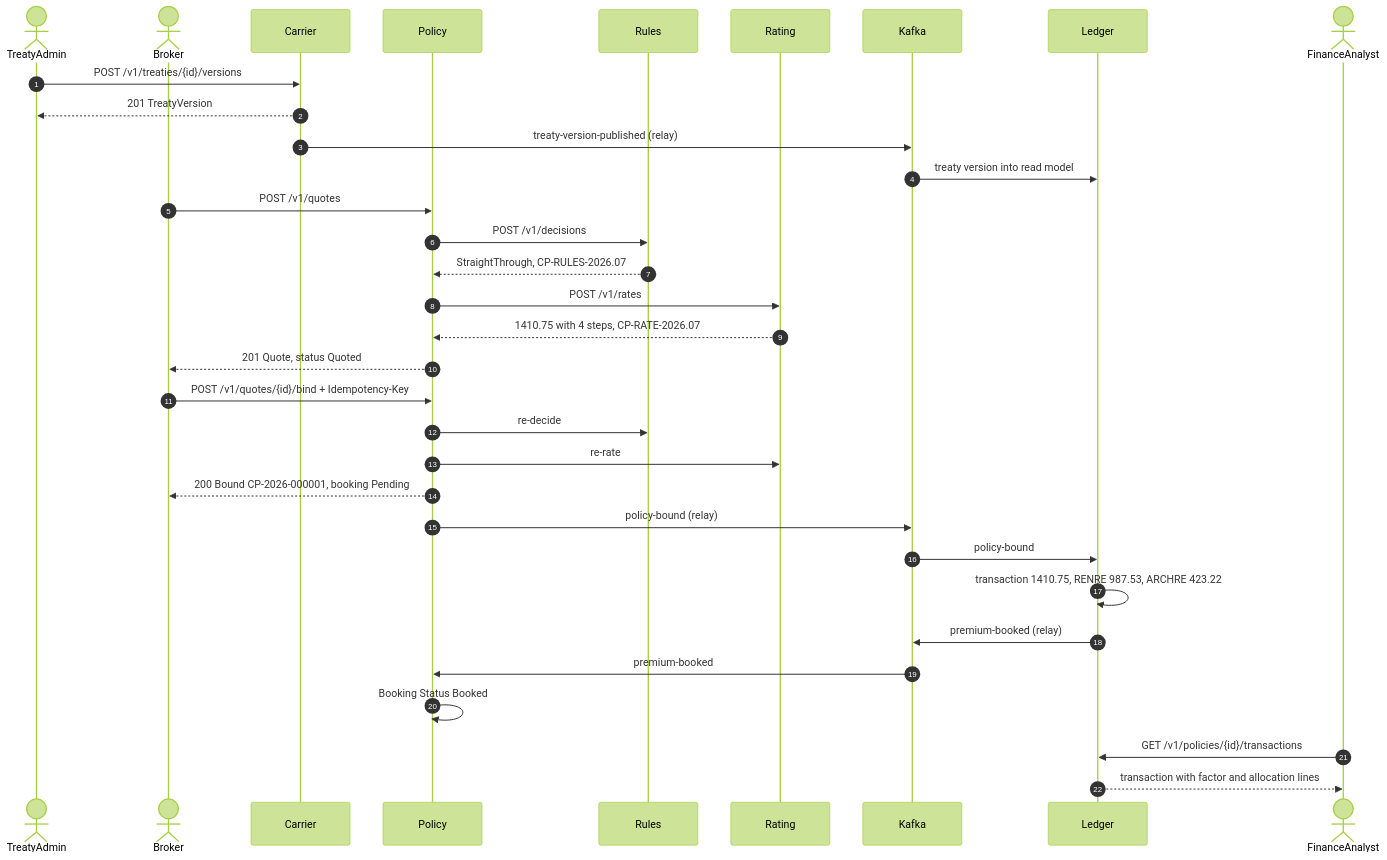
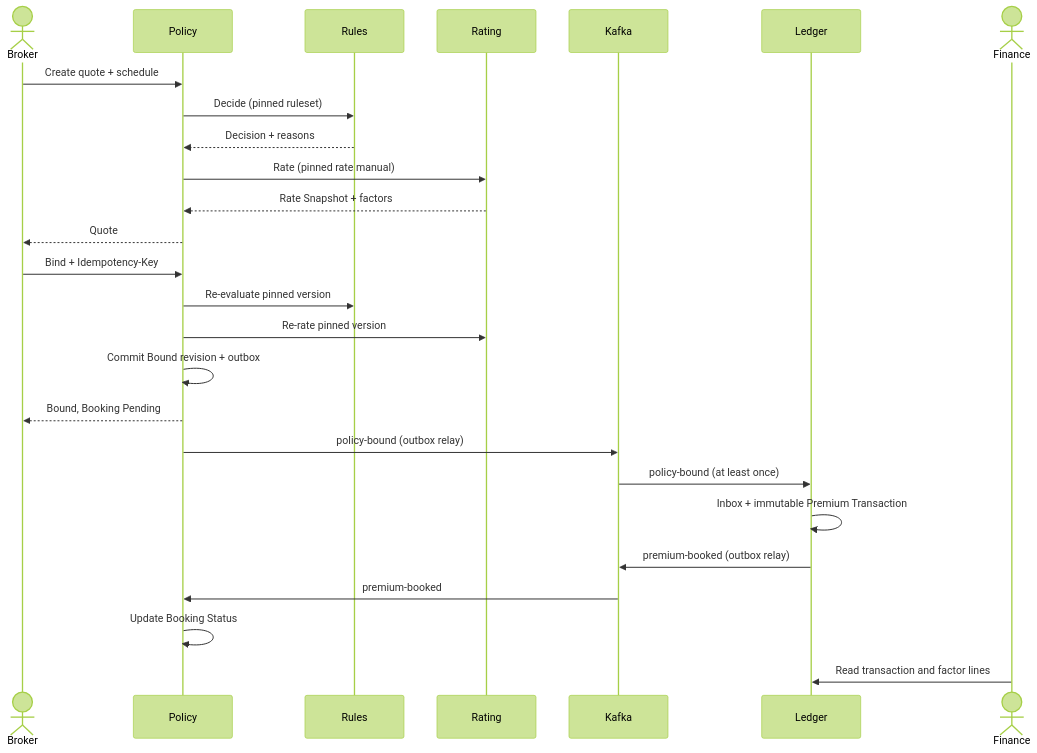
The diagram in docs/architecture/04-dynamic-quote-bind-book.md (fitterhappier28/Insurance-platform), drawn with Mermaid (forest theme) before and after one commit. The commit also changed other lines of this file and 58 other files, not shown here.

Commit message:
simplified the flow, reviewed -> updated docs, specs

````diff
--- a/docs/architecture/04-dynamic-quote-bind-book.md
+++ b/docs/architecture/04-dynamic-quote-bind-book.md
@@ -50,40 +3,28 @@
 ```mermaid
 sequenceDiagram
-  autonumber
-  actor Admin as TreatyAdmin
   actor Broker
-  participant Carrier
   participant Policy
   participant Rules
   participant Rating
   participant Kafka
   participant Ledger
-  actor Finance as FinanceAnalyst
-
-  Admin->>Carrier: POST /v1/treaties/{id}/versions
-  Carrier-->>Admin: 201 TreatyVersion
-  Carrier->>Kafka: treaty-version-published (relay)
-  Kafka->>Ledger: treaty version into read model
-
-  Broker->>Policy: POST /v1/quotes
-  Policy->>Rules: POST /v1/decisions
-  Rules-->>Policy: StraightThrough, CP-RULES-2026.07
-  Policy->>Rating: POST /v1/rates
-  Rating-->>Policy: 1410.75 with 4 steps, CP-RATE-2026.07
-  Policy-->>Broker: 201 Quote, status Quoted
-
-  Broker->>Policy: POST /v1/quotes/{id}/bind + Idempotency-Key
-  Policy->>Rules: re-decide
-  Policy->>Rating: re-rate
-  Policy-->>Broker: 200 Bound CP-2026-000001, booking Pending
-  Policy->>Kafka: policy-bound (relay)
-
-  Kafka->>Ledger: policy-bound
-  Ledger->>Ledger: transaction 1410.75, RENRE 987.53, ARCHRE 423.22
-  Ledger->>Kafka: premium-booked (relay)
+  actor Finance
+  Broker->>Policy: Create quote + schedule
+  Policy->>Rules: Decide (pinned ruleset)
+  Rules-->>Policy: Decision + reasons
+  Policy->>Rating: Rate (pinned rate manual)
+  Rating-->>Policy: Rate Snapshot + factors
+  Policy-->>Broker: Quote
+  Broker->>Policy: Bind + Idempotency-Key
+  Policy->>Rules: Re-evaluate pinned version
+  Policy->>Rating: Re-rate pinned version
+  Policy->>Policy: Commit Bound revision + outbox
+  Policy-->>Broker: Bound, Booking Pending
+  Policy->>Kafka: policy-bound (outbox relay)
+  Kafka->>Ledger: policy-bound (at least once)
+  Ledger->>Ledger: Inbox + immutable Premium Transaction
+  Ledger->>Kafka: premium-booked (outbox relay)
   Kafka->>Policy: premium-booked
-  Policy->>Policy: Booking Status Booked
-
-  Finance->>Ledger: GET /v1/policies/{id}/transactions
-  Ledger-->>Finance: transaction with factor and allocation lines
+  Policy->>Policy: Update Booking Status
+  Finance->>Ledger: Read transaction and factor lines
 ```
````
